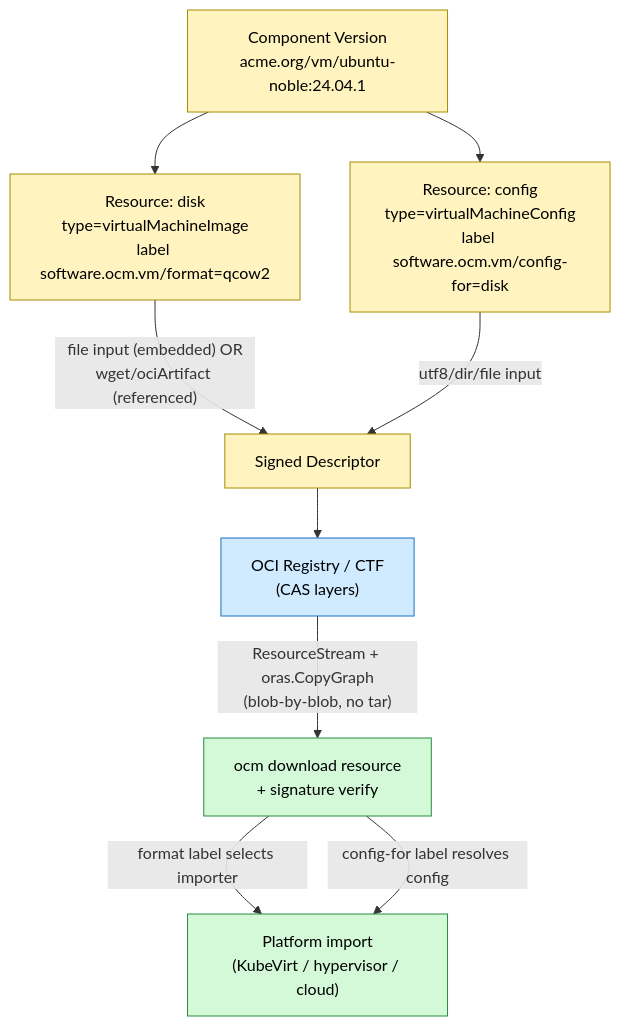
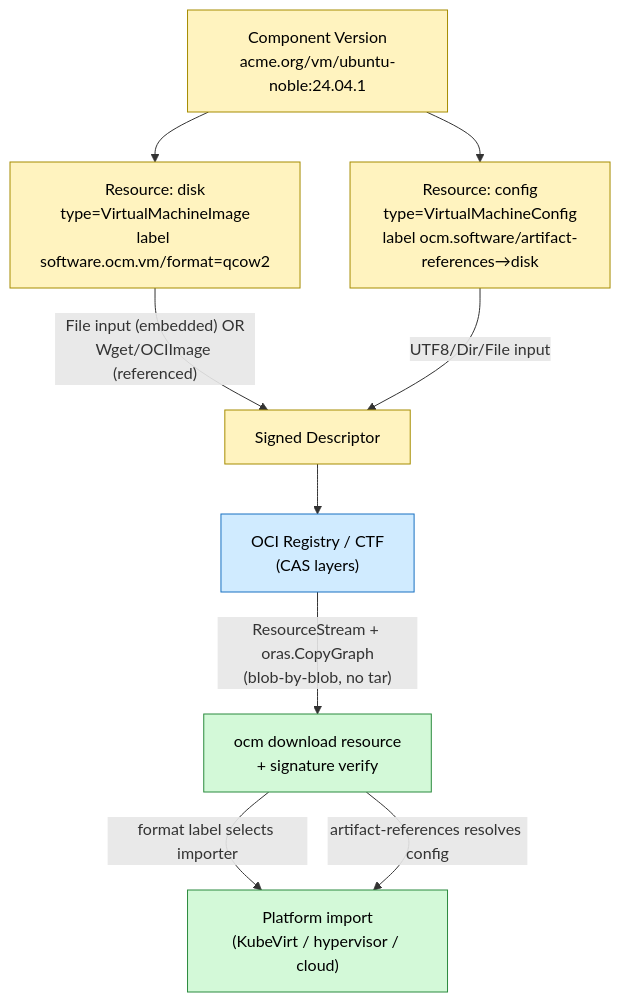
The diagram in docs/adr/0030_vm_image_packaging.md (open-component-model/open-component-model), drawn with Mermaid before and after one commit. The commit also changed other lines of this file and 1 other file, not shown here.

First line of the commit message:
docs(adr): address review comments on VM image packaging ADR

````diff
--- a/docs/adr/0030_vm_image_packaging.md
+++ b/docs/adr/0030_vm_image_packaging.md
@@ -235,21 +243,21 @@
 ```mermaid
 graph TD
     classDef ocm fill:#FFF3BF,stroke:#A68C00,color:#000
     classDef oci fill:#D0EBFF,stroke:#1971C2,color:#000
     classDef client fill:#D3F9D8,stroke:#2B8A3E,color:#000
 
     CV["Component Version<br>acme.org/vm/ubuntu-noble:24.04.1"]:::ocm
-    IMG["Resource: disk<br>type=virtualMachineImage<br>label software.ocm.vm/format=qcow2"]:::ocm
-    CFG["Resource: config<br>type=virtualMachineConfig<br>label software.ocm.vm/config-for=disk"]:::ocm
+    IMG["Resource: disk<br>type=VirtualMachineImage<br>label software.ocm.vm/format=qcow2"]:::ocm
+    CFG["Resource: config<br>type=VirtualMachineConfig<br>label ocm.software/artifact-references→disk"]:::ocm
 
     CV --> IMG
     CV --> CFG
 
-    IMG -->|"file input (embedded) OR<br>wget/ociArtifact (referenced)"| DESC["Signed Descriptor"]:::ocm
-    CFG -->|"utf8/dir/file input"| DESC
+    IMG -->|"File input (embedded) OR<br>Wget/OCIImage (referenced)"| DESC["Signed Descriptor"]:::ocm
+    CFG -->|"UTF8/Dir/File input"| DESC
 
     DESC --> STORE["OCI Registry / CTF<br>(CAS layers)"]:::oci
     STORE -->|"ResourceStream + oras.CopyGraph<br>(blob-by-blob, no tar)"| DL["ocm download resource<br>+ signature verify"]:::client
     DL -->|"format label selects importer"| PLAT["Platform import<br>(KubeVirt / hypervisor / cloud)"]:::client
-    DL -->|"config-for label resolves config"| PLAT
+    DL -->|"artifact-references resolves config"| PLAT
 ```
````
